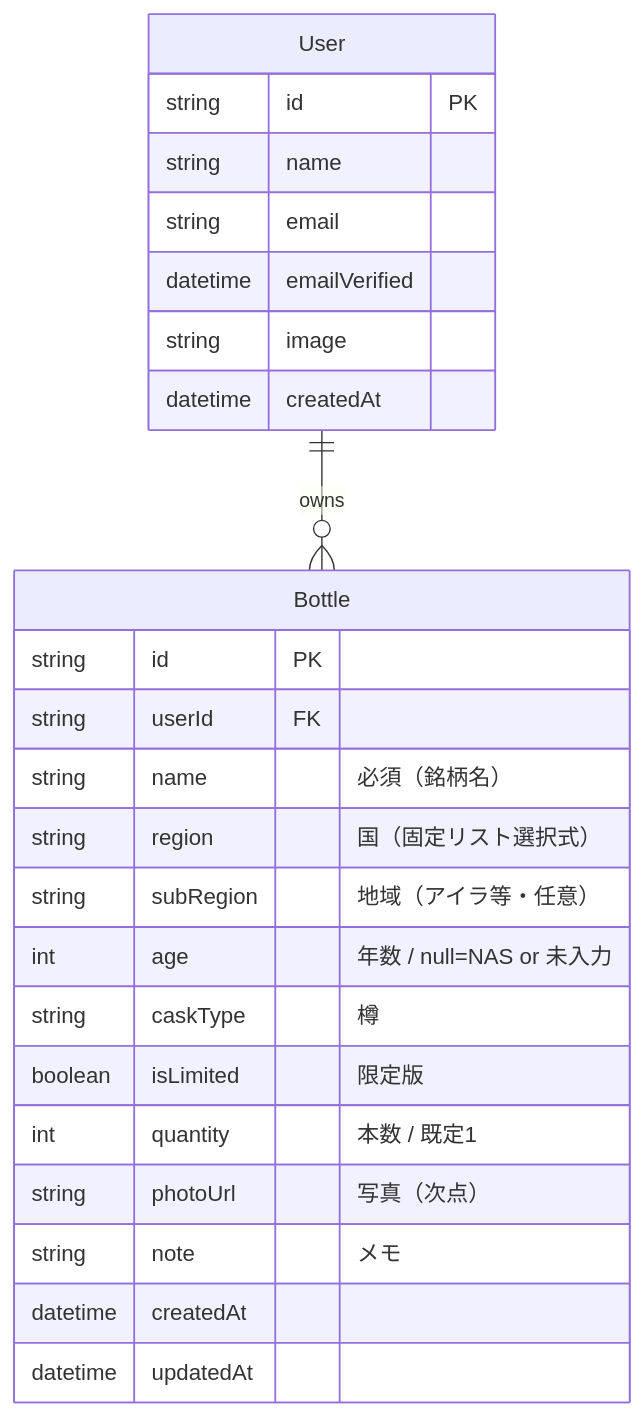
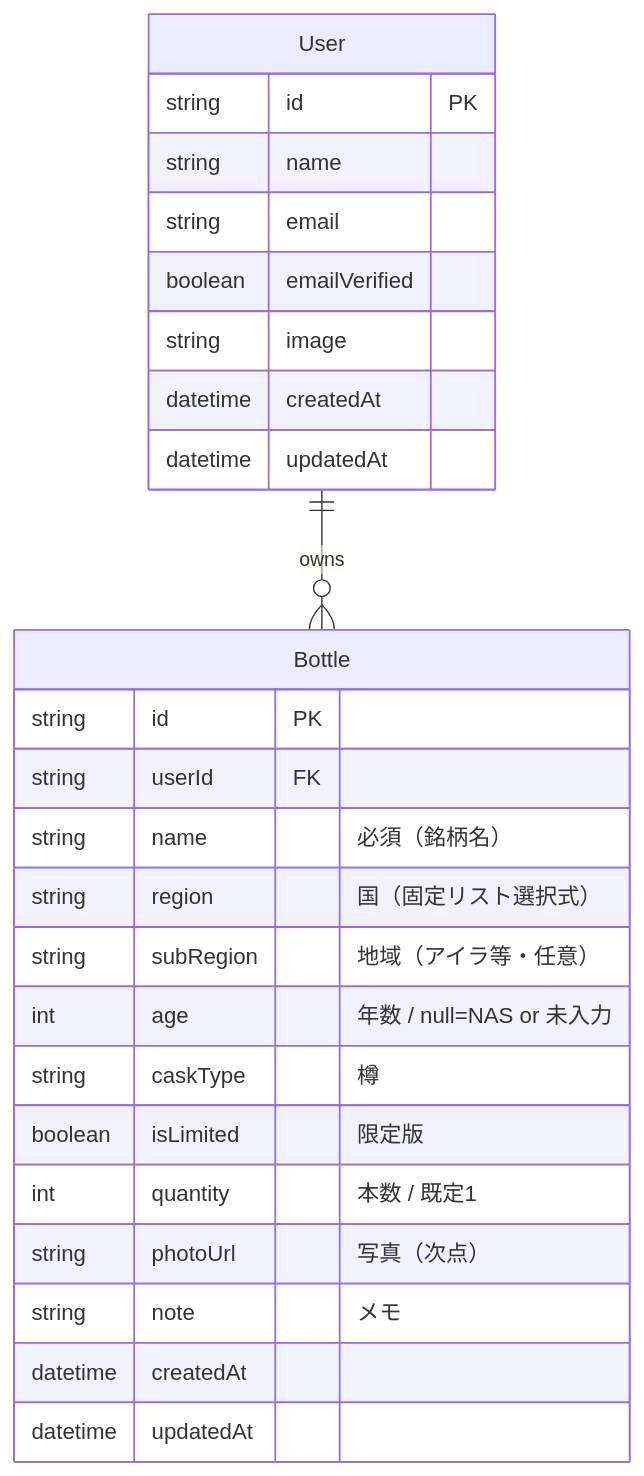
One commit to hduehgw0/mycellar changed the diagram in docs/data-model.md. Above: the diagram before and after it, drawn with Mermaid. The commit also changed other lines of this file and 5 other files, not shown here.

````diff
--- a/docs/data-model.md
+++ b/docs/data-model.md
@@ -10,29 +10,30 @@
 ```mermaid
 erDiagram
     User ||--o{ Bottle : owns
 
     User {
         string id PK
         string name
         string email
-        datetime emailVerified
+        boolean emailVerified
         string image
         datetime createdAt
+        datetime updatedAt
     }
 
     Bottle {
         string id PK
         string userId FK
         string name "必須（銘柄名）"
         string region "国（固定リスト選択式）"
         string subRegion "地域（アイラ等・任意）"
         int    age "年数 / null=NAS or 未入力"
         string caskType "樽"
         boolean isLimited "限定版"
         int    quantity "本数 / 既定1"
         string photoUrl "写真（次点）"
         string note "メモ"
         datetime createdAt
         datetime updatedAt
     }
 ```
````
